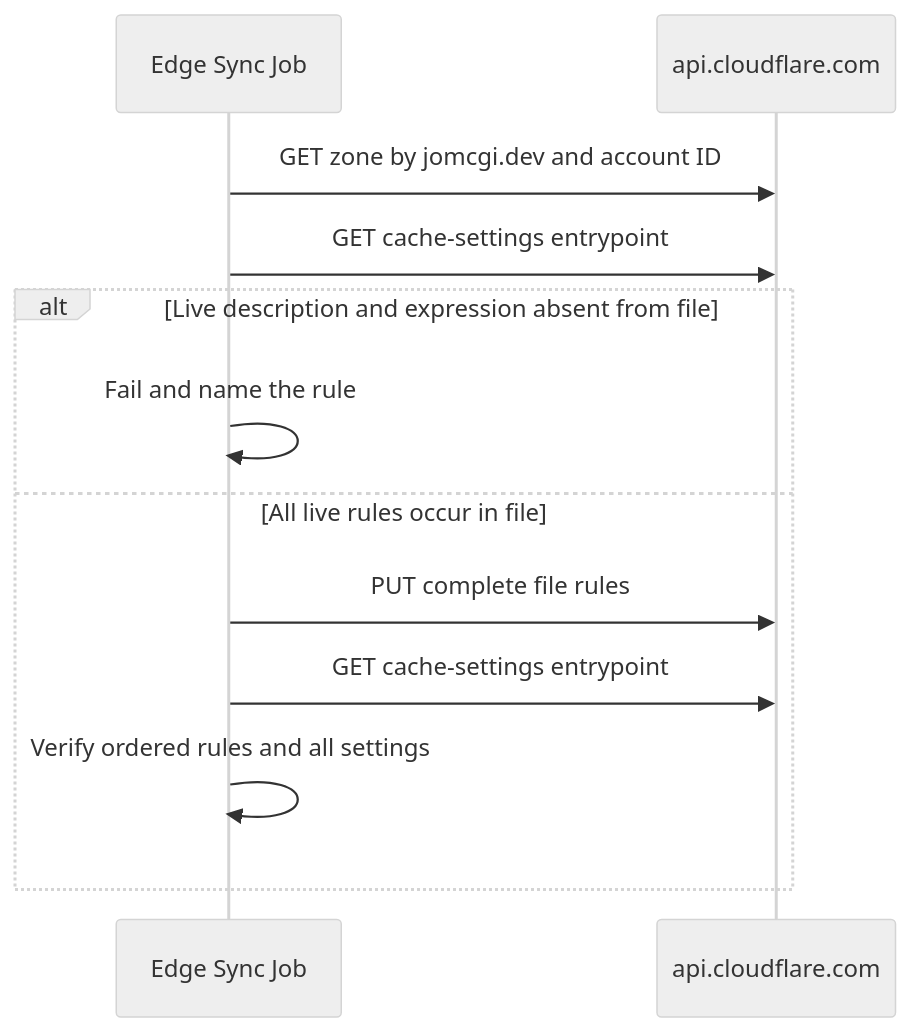
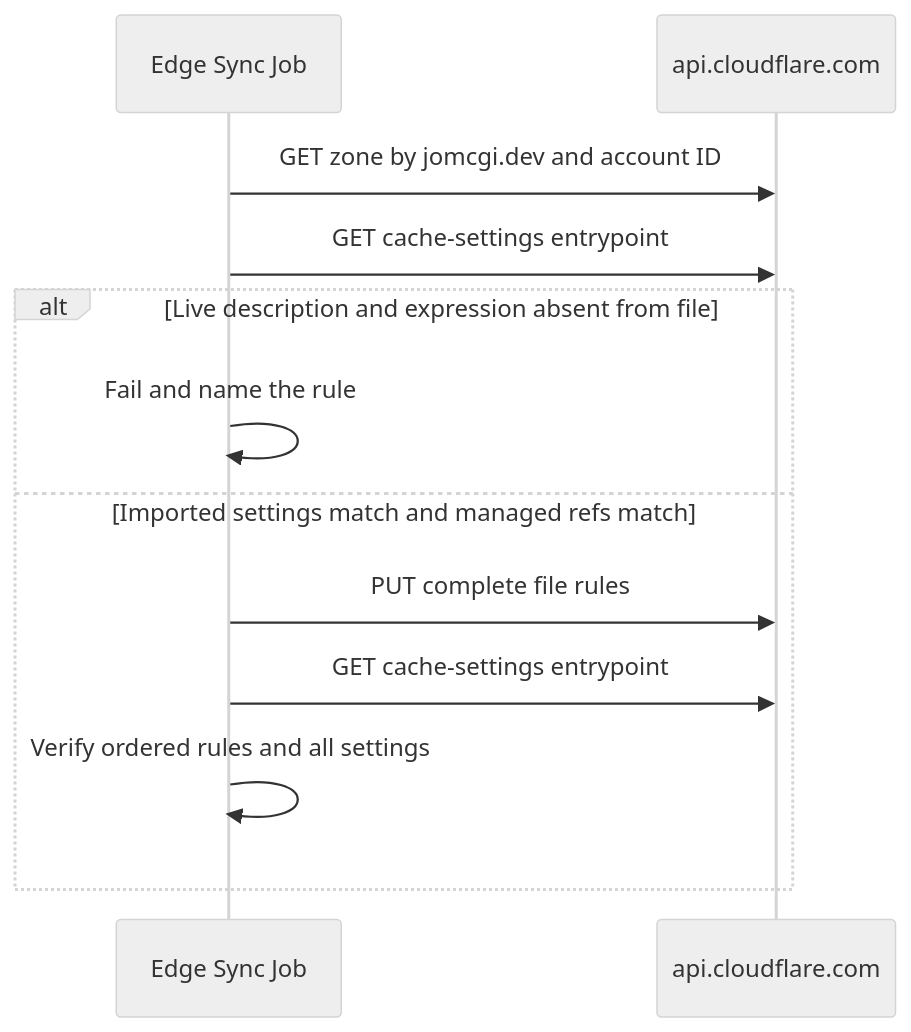
The diagram in projects/jomcgi-site/README.md (jomcgi-org/homelab), drawn with Mermaid (neutral theme) before and after one commit. The commit also changed other lines of this file and 4 other files, not shown here.

````diff
--- a/projects/jomcgi-site/README.md
+++ b/projects/jomcgi-site/README.md
@@ -81,14 +81,14 @@
 ```mermaid
 sequenceDiagram
   participant Job as Edge Sync Job
   participant CF as api.cloudflare.com
   Job->>CF: GET zone by jomcgi.dev and account ID
   Job->>CF: GET cache-settings entrypoint
   alt Live description and expression absent from file
     Job->>Job: Fail and name the rule
-  else All live rules occur in file
+  else Imported settings match and managed refs match
     Job->>CF: PUT complete file rules
     Job->>CF: GET cache-settings entrypoint
     Job->>Job: Verify ordered rules and all settings
   end
 ```
````
